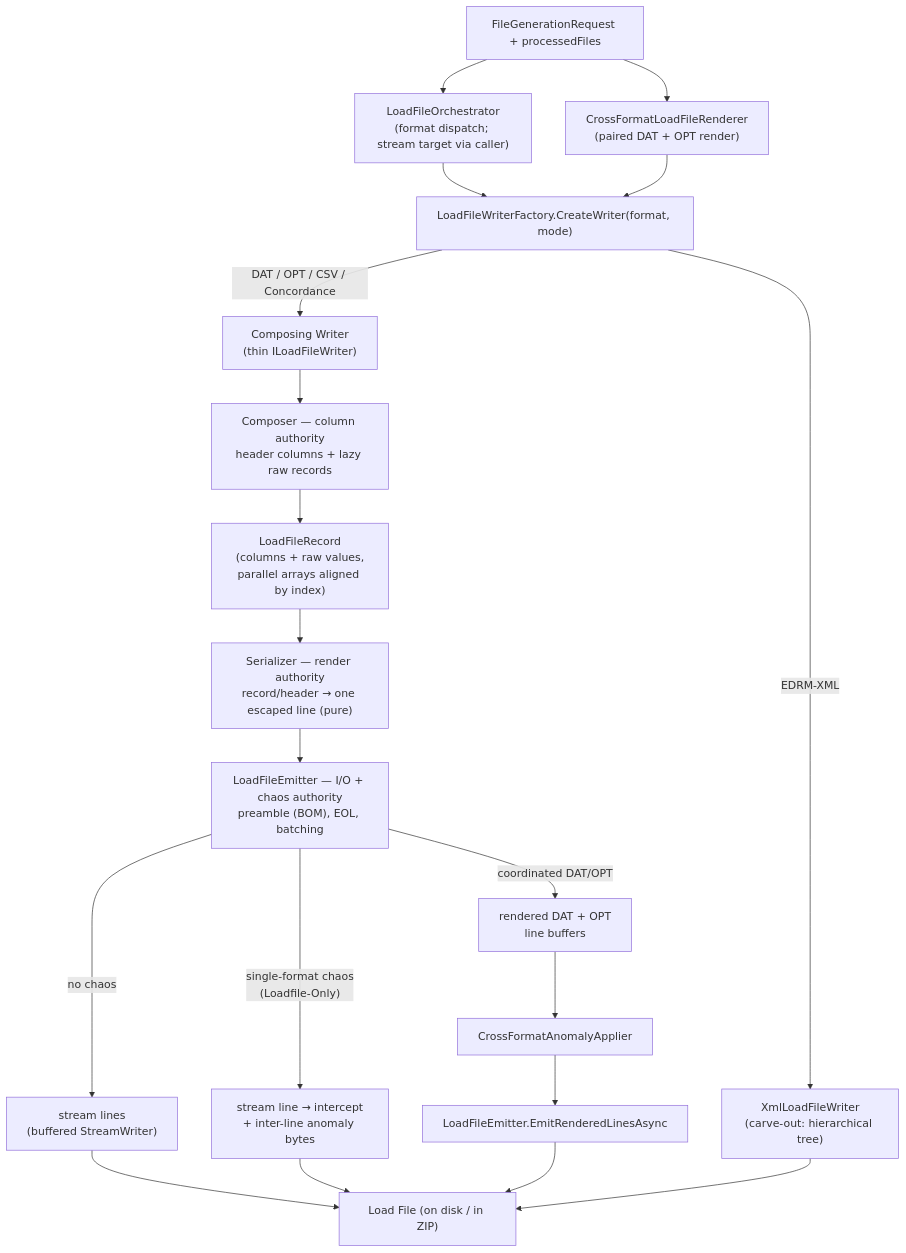
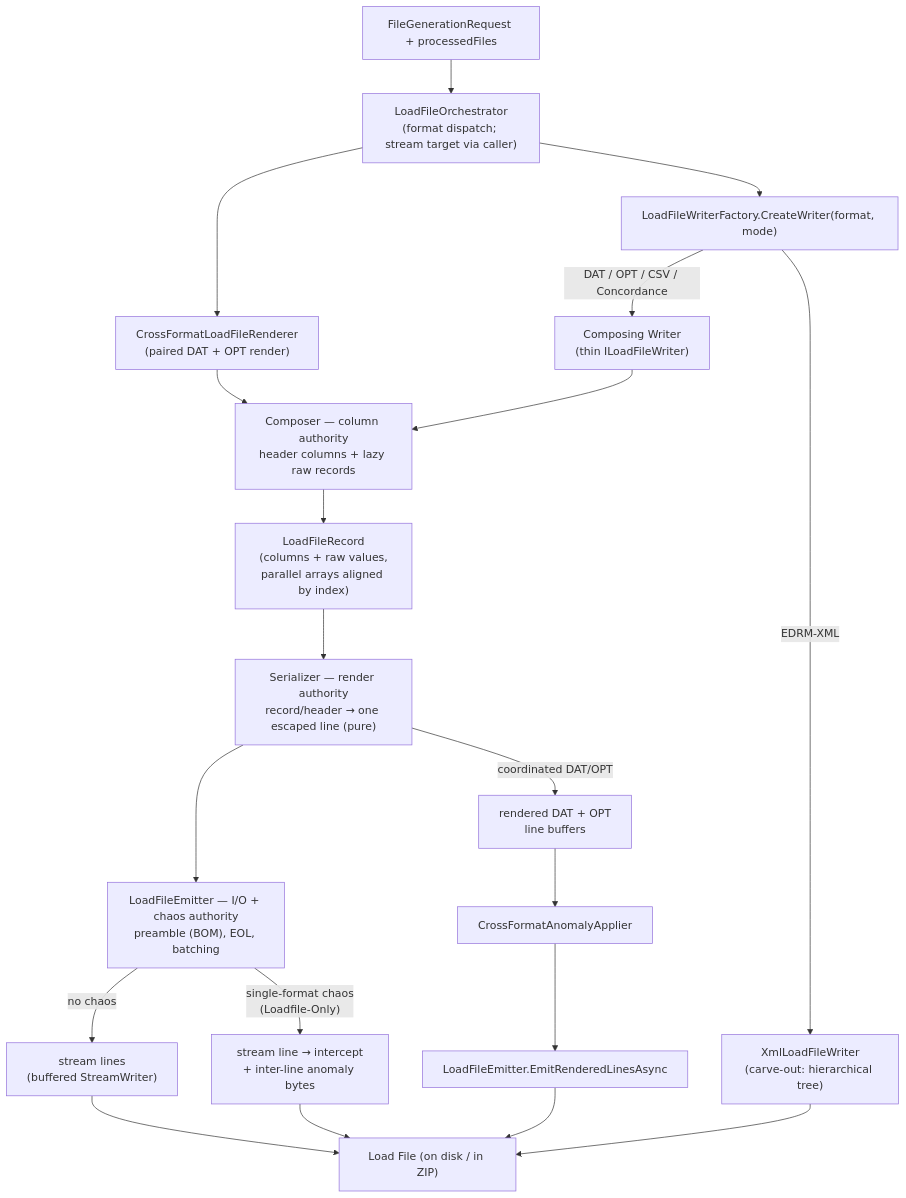
The third of 3 diagrams in docs/architecture.md (dwojtaszek/zipper), drawn with Mermaid before and after one commit. The commit also changed other lines of this file and 12 other files, not shown here.

First line of the commit message:
refactor(loadfiles): share coordinated emission and render at serializer seam (#1435)

````diff
--- a/docs/architecture.md
+++ b/docs/architecture.md
@@ -205,26 +205,26 @@
 ```mermaid
 graph TD
     Req["FileGenerationRequest + processedFiles"]
     Req --> LFO["LoadFileOrchestrator<br/>(format dispatch; stream target via caller)"]
-    Req --> CFR["CrossFormatLoadFileRenderer<br/>(paired DAT + OPT render)"]
+    LFO --> CFR["CrossFormatLoadFileRenderer<br/>(paired DAT + OPT render)"]
     LFO --> Factory["LoadFileWriterFactory.CreateWriter(format, mode)"]
-    CFR --> Factory
     Factory -->|"DAT / OPT / CSV / Concordance"| CW["Composing Writer<br/>(thin ILoadFileWriter)"]
     Factory -->|"EDRM-XML"| XML["XmlLoadFileWriter<br/>(carve-out: hierarchical tree)"]
 
+    CFR --> Comp
     CW --> Comp["Composer — column authority<br/>header columns + lazy raw records"]
     Comp --> Rec["LoadFileRecord<br/>(columns + raw values,<br/>parallel arrays aligned by index)"]
     Rec --> Ser["Serializer — render authority<br/>record/header → one escaped line (pure)"]
     Ser --> Emit["LoadFileEmitter — I/O + chaos authority<br/>preamble (BOM), EOL, batching"]
 
     Emit -->|"no chaos"| Stream["stream lines<br/>(buffered StreamWriter)"]
     Emit -->|"single-format chaos<br/>(Loadfile-Only)"| ChaosP["stream line → intercept<br/>+ inter-line anomaly bytes"]
-    Emit -->|"coordinated DAT/OPT"| LineBuffers["rendered DAT + OPT<br/>line buffers"]
+    Ser -->|"coordinated DAT/OPT"| LineBuffers["rendered DAT + OPT<br/>line buffers"]
     LineBuffers --> CrossApplier["CrossFormatAnomalyApplier"]
     CrossApplier --> ReEmit["LoadFileEmitter.EmitRenderedLinesAsync"]
 
     Stream --> Out["Load File (on disk / in ZIP)"]
     ChaosP --> Out
     ReEmit --> Out
     XML --> Out
 ```
````
